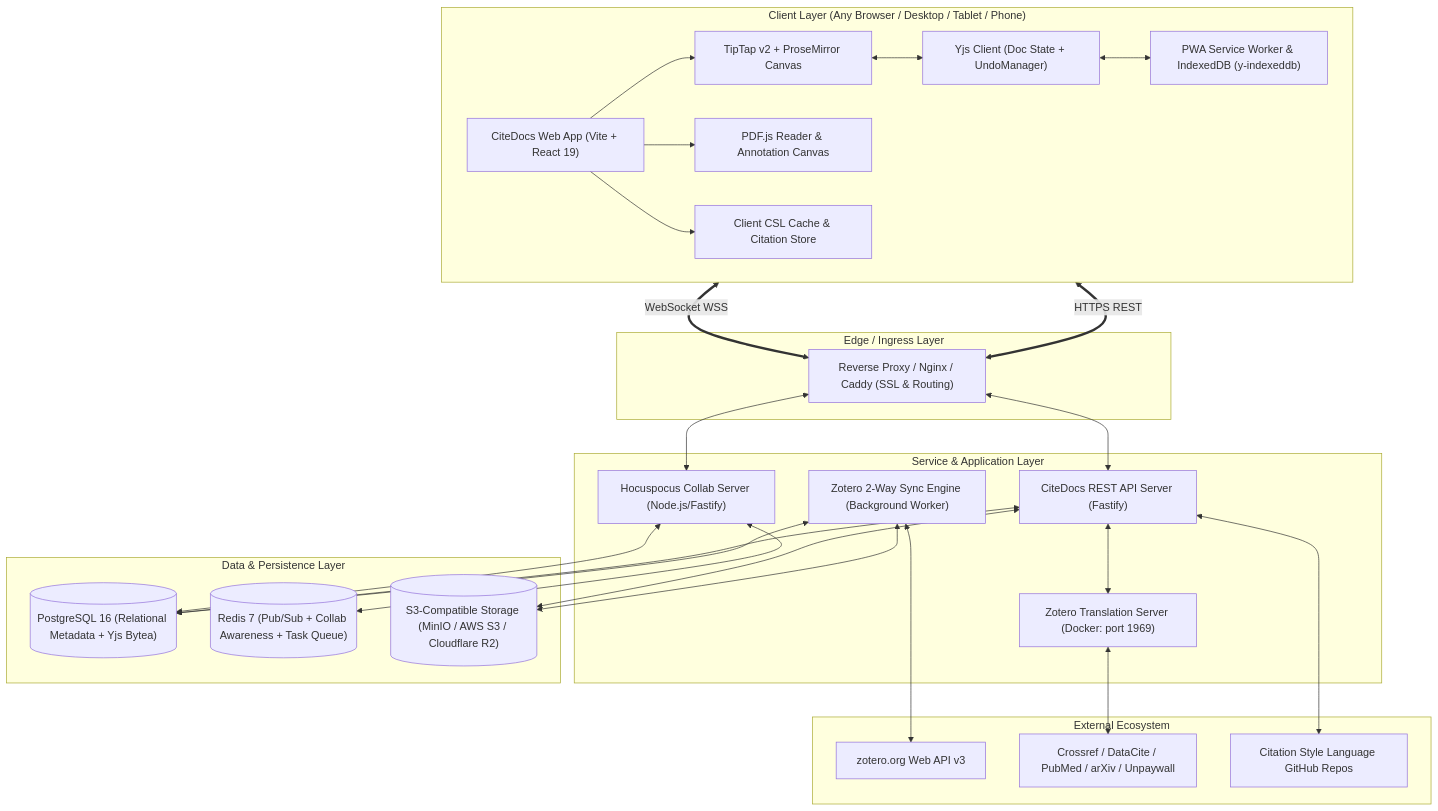
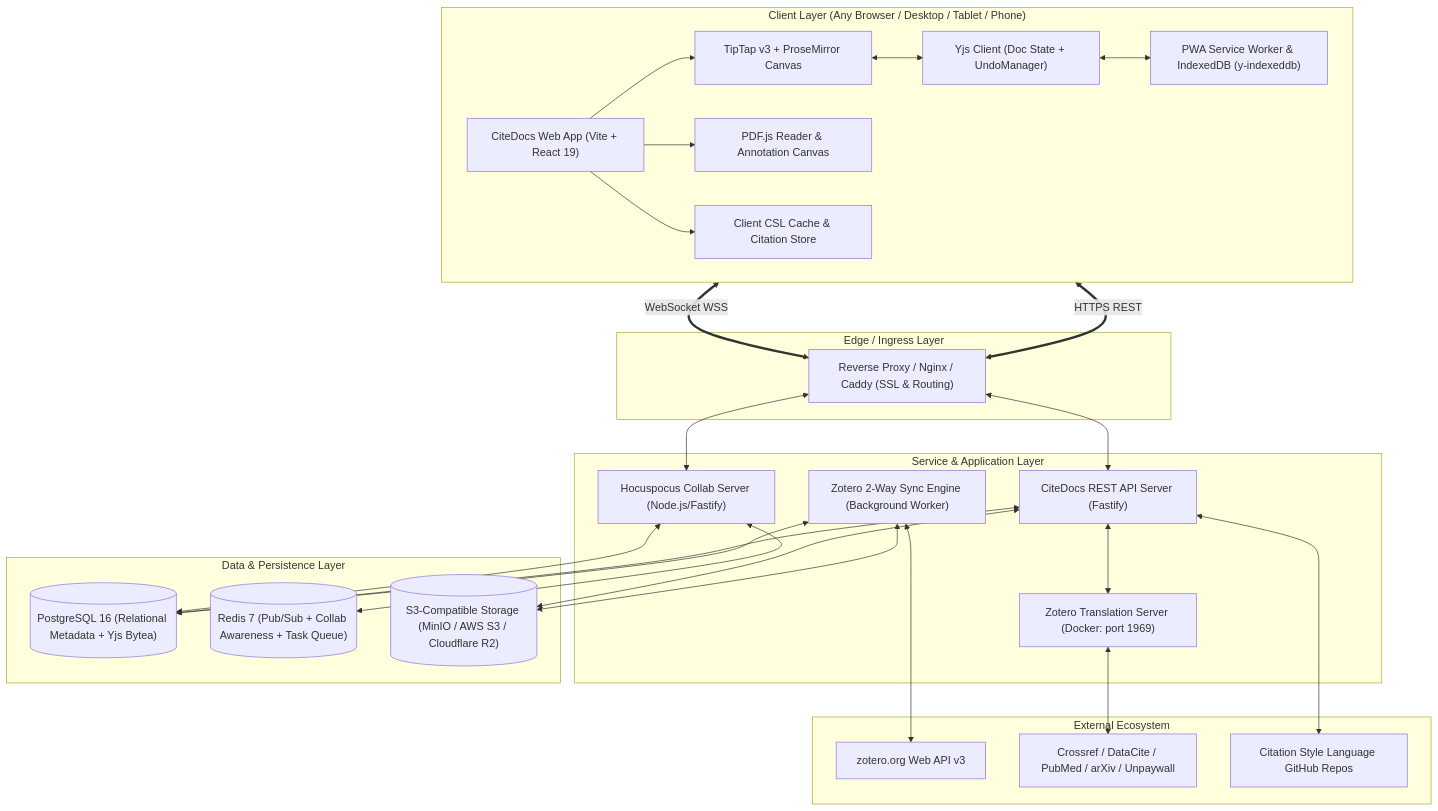
The first of 5 diagrams in docs/ARCHITECTURE.md (zedraxa/citedocs), drawn with Mermaid before and after one commit. The commit also changed other lines of this file and 3 other files, not shown here.

Commit message:
docs: TipTap v3, per-student accounts and strict per-user data isolation

````diff
--- a/docs/ARCHITECTURE.md
+++ b/docs/ARCHITECTURE.md
@@ -15,56 +15,56 @@
 ```mermaid
 graph TD
     subgraph ClientLayer["Client Layer (Any Browser / Desktop / Tablet / Phone)"]
         UI["CiteDocs Web App (Vite + React 19)"]
-        Editor["TipTap v2 + ProseMirror Canvas"]
+        Editor["TipTap v3 + ProseMirror Canvas"]
         CRDT["Yjs Client (Doc State + UndoManager)"]
         PDFViewer["PDF.js Reader & Annotation Canvas"]
         CSLClient["Client CSL Cache & Citation Store"]
         PWA["PWA Service Worker & IndexedDB (y-indexeddb)"]
 
         UI --> Editor
         Editor <--> CRDT
         UI --> PDFViewer
         UI --> CSLClient
         CRDT <--> PWA
     end
 
     subgraph EdgeLayer["Edge / Ingress Layer"]
         Nginx["Reverse Proxy / Nginx / Caddy (SSL & Routing)"]
     end
 
     subgraph ServiceLayer["Service & Application Layer"]
         CollabServer["Hocuspocus Collab Server (Node.js/Fastify)"]
         APIServer["CiteDocs REST API Server (Fastify)"]
         TransServer["Zotero Translation Server (Docker: port 1969)"]
         SyncWorker["Zotero 2-Way Sync Engine (Background Worker)"]
     end
 
     subgraph StorageLayer["Data & Persistence Layer"]
         Postgres[("PostgreSQL 16 (Relational Metadata + Yjs Bytea)")]
         Redis[("Redis 7 (Pub/Sub + Collab Awareness + Task Queue)")]
         S3Storage[("S3-Compatible Storage (MinIO / AWS S3 / Cloudflare R2)")]
     end
 
     subgraph ExternalServices["External Ecosystem"]
         ZoteroOrg["zotero.org Web API v3"]
         AcademicAPIs["Crossref / DataCite / PubMed / arXiv / Unpaywall"]
         CSLRepo["Citation Style Language GitHub Repos"]
     end
 
     ClientLayer <==>|WebSocket WSS| Nginx
     ClientLayer <==>|HTTPS REST| Nginx
     Nginx <--> CollabServer
     Nginx <--> APIServer
 
     CollabServer <--> Postgres
     CollabServer <--> Redis
     APIServer <--> Postgres
     APIServer <--> S3Storage
     APIServer <--> TransServer
     SyncWorker <--> Postgres
     SyncWorker <--> ZoteroOrg
     SyncWorker <--> S3Storage
     TransServer <--> AcademicAPIs
     APIServer <--> CSLRepo
 ```
````
